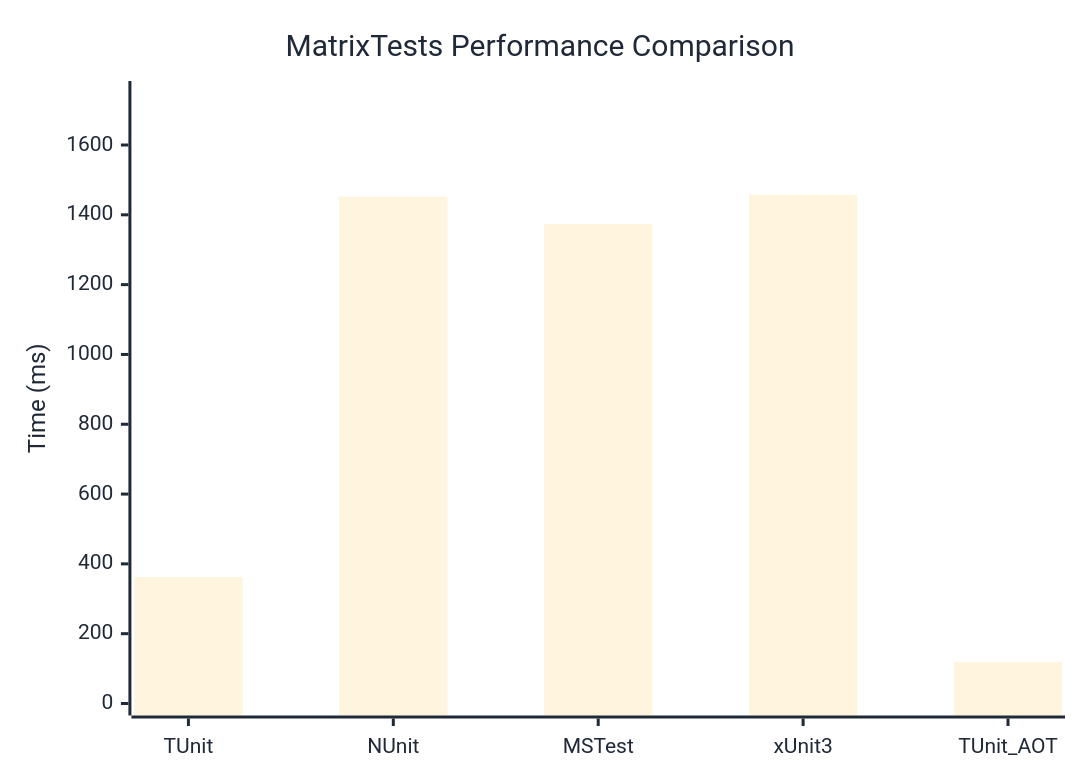
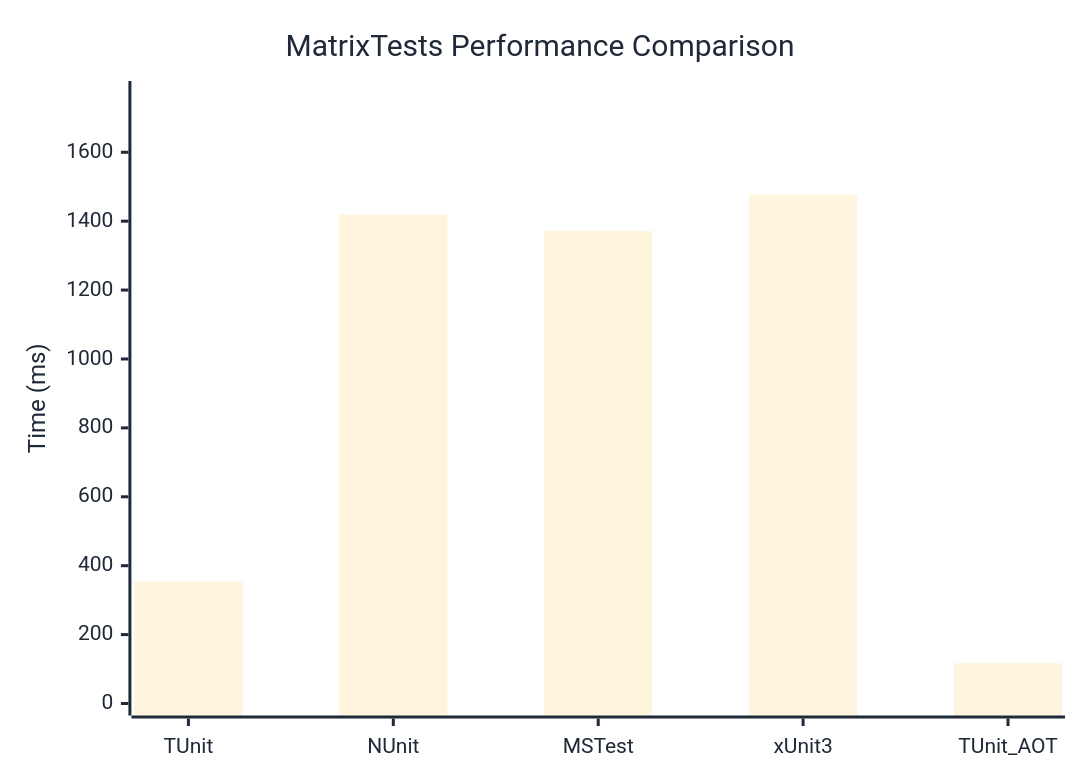
Before and after one commit to thomhurst/TUnit: the diagram in docs/docs/benchmarks/engine/MatrixTests.md, drawn with Mermaid. The commit also changed other lines of this file and 17 other files, not shown here.

````diff
--- a/docs/docs/benchmarks/engine/MatrixTests.md
+++ b/docs/docs/benchmarks/engine/MatrixTests.md
@@ -29,37 +29,37 @@
 ```mermaid
 %%{init: {
   'theme':'base',
   'themeVariables': {
     'primaryColor': '#2563eb',
     'primaryTextColor': '#1f2937',
     'primaryBorderColor': '#1e40af',
     'lineColor': '#6b7280',
     'secondaryColor': '#7c3aed',
     'tertiaryColor': '#dc2626',
     'background': '#ffffff',
     'mainBkg': '#2563eb',
     'secondBkg': '#7c3aed',
     'tertiaryBkg': '#dc2626',
     'clusterBkg': '#f3f4f6',
     'edgeLabelBackground': '#ffffff',
     'tertiaryTextColor': '#1f2937',
     'pie1': '#2563eb',
     'pie2': '#7c3aed',
     'pie3': '#dc2626',
     'pie4': '#f59e0b',
     'pie5': '#10b981',
     'pie6': '#06b6d4',
     'pie7': '#ec4899',
     'pie8': '#6366f1',
     'pie9': '#84cc16',
     'pie10': '#f97316',
     'pie11': '#14b8a6',
     'pie12': '#a855f7'
   }
 }}%%
 xychart-beta
   title "MatrixTests Performance Comparison"
   x-axis ["TUnit", "NUnit", "MSTest", "xUnit3", "TUnit_AOT"]
-  y-axis "Time (ms)" 0 --> 1749
-  bar [362, 1452.5, 1374.4, 1457.4, 118.4]
+  y-axis "Time (ms)" 0 --> 1772
+  bar [354.5, 1419, 1371, 1476.5, 116.6]
 ```
````
